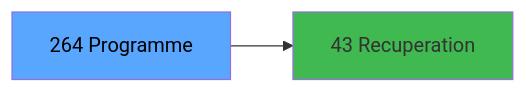
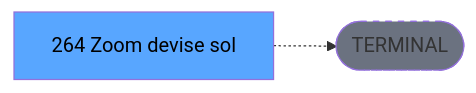
The third of 3 diagrams in .openspec/specs/ADH-IDE-264.md (thonyAGP/lecteur-magic), drawn with Mermaid before and after one commit. The commit also changed other lines of this file and 701 other files, not shown here.

````diff
--- a/.openspec/specs/ADH-IDE-264.md
+++ b/.openspec/specs/ADH-IDE-264.md
@@ -140,8 +134,8 @@
 ```mermaid
 graph LR
-    T[264 Programme]
-    C43[43 Recuperation]
-    T --> C43
+    T[264 Zoom devise sol]
+    TERM([TERMINAL])
+    T -.-> TERM
+    style TERM fill:#6b7280,stroke-dasharray: 5 5
     style T fill:#58a6ff,color:#000
-    style C43 fill:#3fb950
 ```
````
